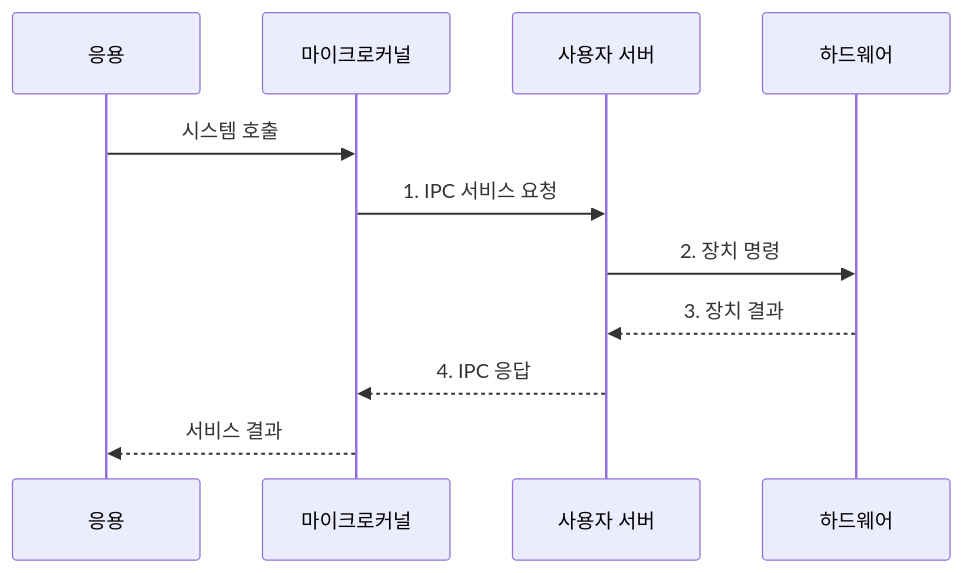
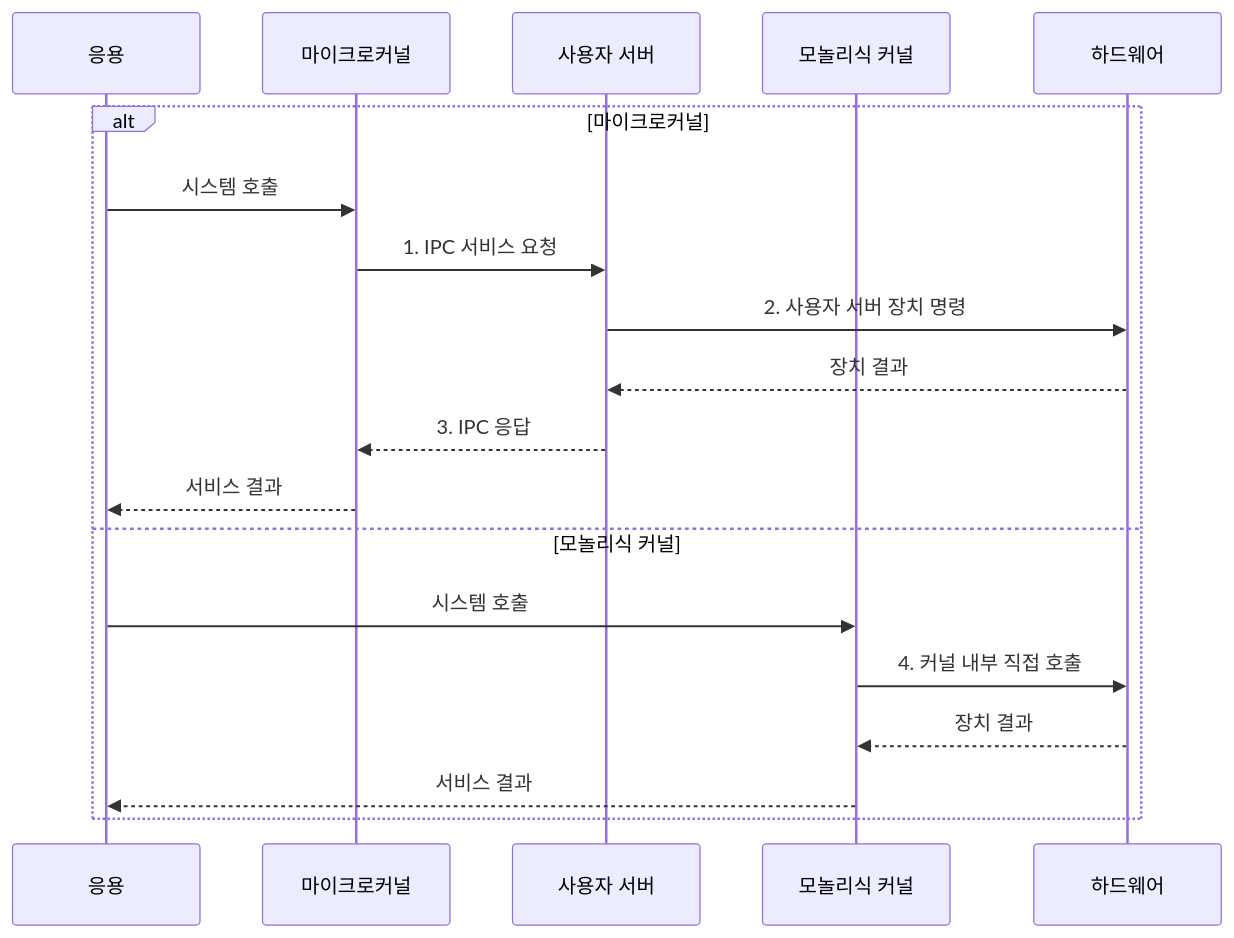
The second of 2 diagrams in src/content/docs/notes/03-software/024_microkernel_vs_monolithic.md (agnusdei1207/knowledge-base), drawn with Mermaid before and after one commit. The commit also changed other lines of this file and 9 other files, not shown here.

````diff
--- a/src/content/docs/notes/03-software/024_microkernel_vs_monolithic.md
+++ b/src/content/docs/notes/03-software/024_microkernel_vs_monolithic.md
@@ -94,13 +94,21 @@
 ```mermaid
 sequenceDiagram
     participant A as 응용
     participant M as 마이크로커널
     participant S as 사용자 서버
+    participant K as 모놀리식 커널
     participant H as 하드웨어
-    A->>M: 시스템 호출
-    M->>S: 1. IPC 서비스 요청
-    S->>H: 2. 장치 명령
-    H-->>S: 3. 장치 결과
-    S-->>M: 4. IPC 응답
-    M-->>A: 서비스 결과
+    alt 마이크로커널
+        A->>M: 시스템 호출
+        M->>S: 1. IPC 서비스 요청
+        S->>H: 2. 사용자 서버 장치 명령
+        H-->>S: 장치 결과
+        S-->>M: 3. IPC 응답
+        M-->>A: 서비스 결과
+    else 모놀리식 커널
+        A->>K: 시스템 호출
+        K->>H: 4. 커널 내부 직접 호출
+        H-->>K: 장치 결과
+        K-->>A: 서비스 결과
+    end
 ```
````
